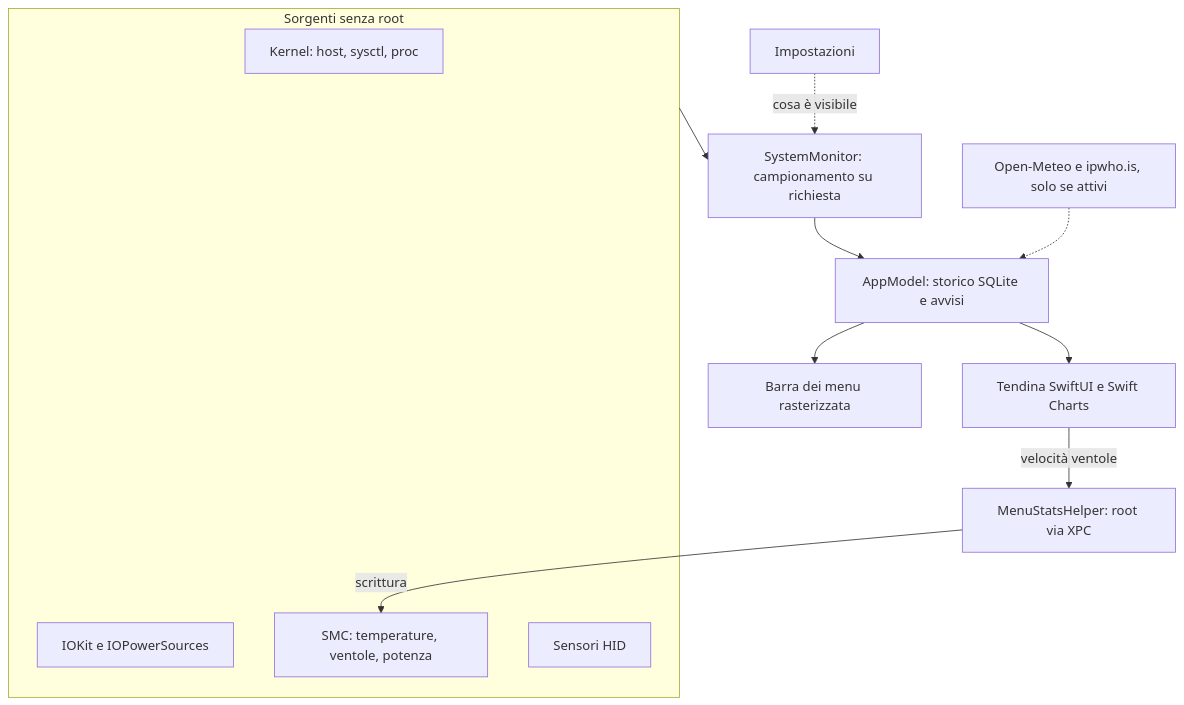
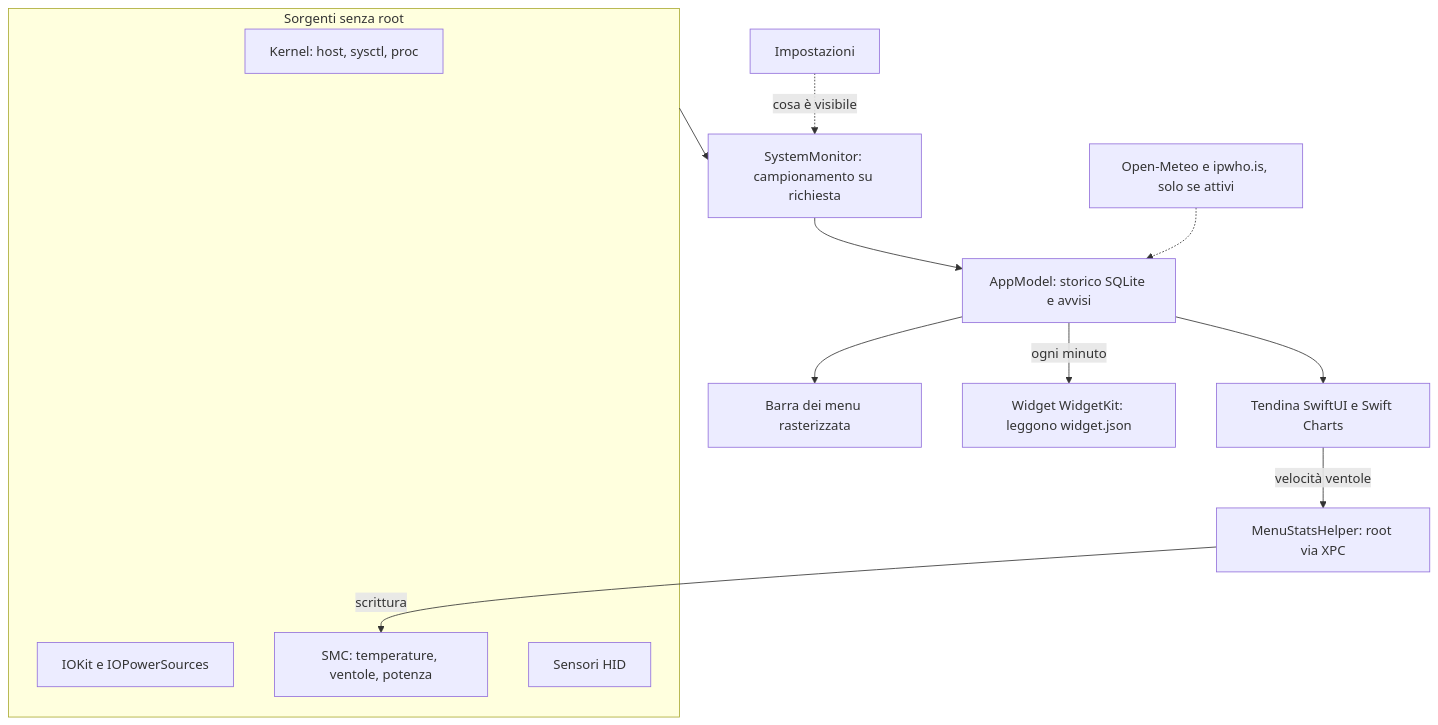
One commit to alessandro-guttadauro/MenuStats changed the diagram in README.md. Above: the diagram before and after it, drawn with Mermaid. The commit also changed other lines of this file and 24 other files, not shown here.

First line of the commit message:
Widget per scrivania e tendina, aggiornamento automatico e release a ogni push [minor]

````diff
--- a/README.md
+++ b/README.md
@@ -169,25 +214,27 @@
 ```mermaid
 flowchart TB
     subgraph SRC [Sorgenti senza root]
         K[Kernel: host, sysctl, proc]
         IO[IOKit e IOPowerSources]
         SMC[SMC: temperature, ventole, potenza]
         HID[Sensori HID]
     end
     SM[SystemMonitor: campionamento su richiesta]
     AM[AppModel: storico SQLite e avvisi]
     SB[Barra dei menu rasterizzata]
     DP[Tendina SwiftUI e Swift Charts]
     ST[Impostazioni]
     H[MenuStatsHelper: root via XPC]
     W[Open-Meteo e ipwho.is, solo se attivi]
+    WG[Widget WidgetKit: leggono widget.json]
 
     SRC --> SM
     SM --> AM
     AM --> SB
     AM --> DP
+    AM -->|ogni minuto| WG
     W -.-> AM
     ST -.->|cosa è visibile| SM
     DP -->|velocità ventole| H
     H -->|scrittura| SMC
 ```
````
